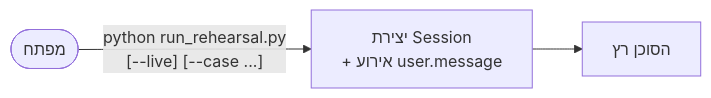
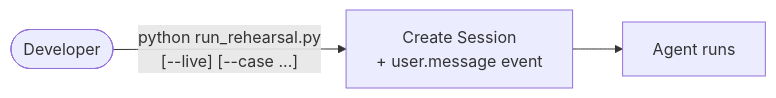
Before and after one commit to asaeltaragan-cpu/Time_limit: the second of 4 diagrams in Architecture.md, drawn with Mermaid. The commit also changed other lines of this file, not shown here.

Commit message:
Translate Architecture.md to English

````diff
--- a/Architecture.md
+++ b/Architecture.md
@@ -73,5 +73,5 @@
 ```mermaid
 flowchart LR
-    DEV(["מפתח"]) -->|"python run_rehearsal.py<br/>[--live] [--case ...]"| SESS["יצירת Session<br/>+ אירוע user.message"]
-    SESS --> AGENT["הסוכן רץ"]
+    DEV(["Developer"]) -->|"python run_rehearsal.py<br/>[--live] [--case ...]"| SESS["Create Session<br/>+ user.message event"]
+    SESS --> AGENT["Agent runs"]
 ```
````
